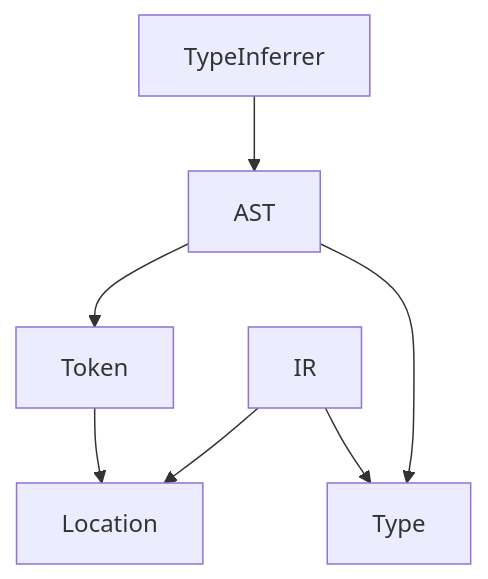
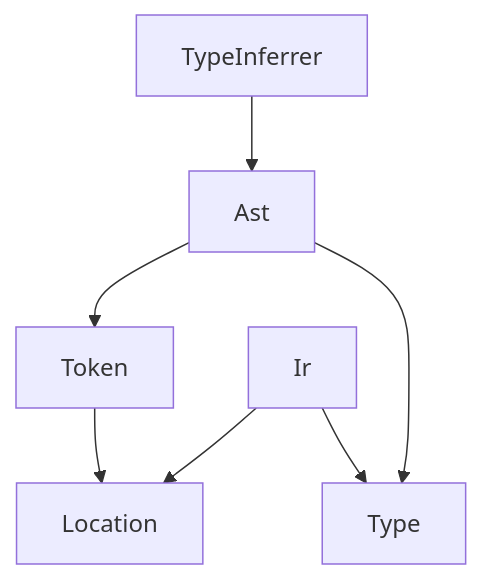
One commit to 0918nobita/waxt changed the diagram in README.md. Above: the diagram before and after it, drawn with Mermaid. The commit also changed 46 other files, not shown here.

````diff
--- a/README.md
+++ b/README.md
@@ -68,9 +68,9 @@
 ```mermaid
 graph TB
   Token-->Location
-  AST-->Token
-  AST-->Type
-  IR-->Location
-  IR-->Type
-  TypeInferrer-->AST
+  Ast-->Token
+  Ast-->Type
+  Ir-->Location
+  Ir-->Type
+  TypeInferrer-->Ast
 ```
````
